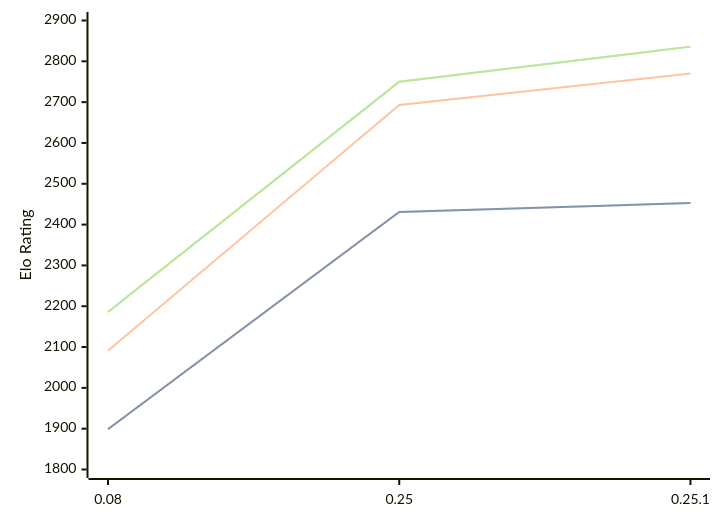
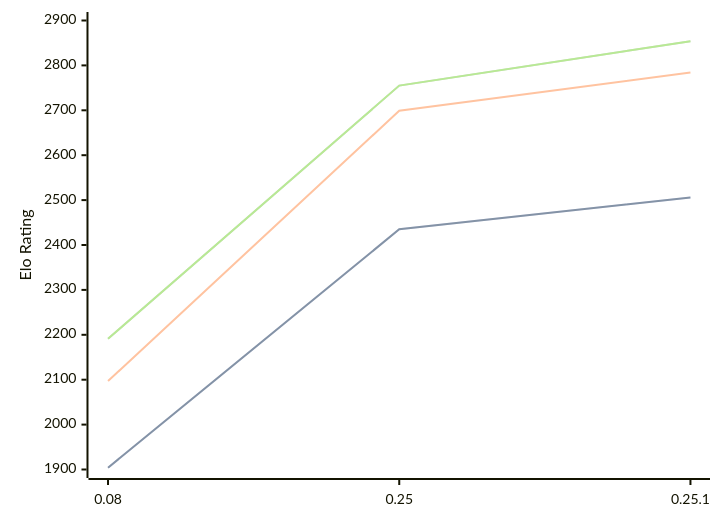
Before and after one commit to computer-chess-index/cci: the diagram in engines/Gecko.md, drawn with Mermaid. The commit also changed other lines of this file, not shown here.

Commit message:
Update CCI Ratings (ELO VLTC) - 2026-04-14

````diff
--- a/engines/Gecko.md
+++ b/engines/Gecko.md
@@ -33,11 +33,11 @@
 ```mermaid
 %%{init: {"theme":"base","themeVariables":{"seriesColors:['#a3a3a3','#222221','#faa371']}}}%%
 xychart-beta
   x-axis ["0.08", "0.25", "0.25.1"]
-  y-axis "Elo Rating" 1800 --> 2900
-  line "STC (8.0+0.08s)" [1899, 2431, 2453]
-  line "STC (8.0+0.08s)" [1899, 2431, 2453]
-  line "LTC (60.0+0.60s)" [2091, 2693, 2770]
-  line "VLTC (2m24s+1.12s)" [2186, 2750, 2836]
-  line "VLTC (2m24s+1.12s)" [2186, 2750, 2836]
+  y-axis "Elo Rating" 1900 --> 2900
+  line "STC (8.0+0.08s)" [1904, 2435, 2506]
+  line "STC (8.0+0.08s)" [1904, 2435, 2506]
+  line "LTC (60.0+0.60s)" [2097, 2699, 2784]
+  line "VLTC (2m24s+1.12s)" [2191, 2755, 2854]
+  line "VLTC (2m24s+1.12s)" [2191, 2755, 2854]
 ```
````
